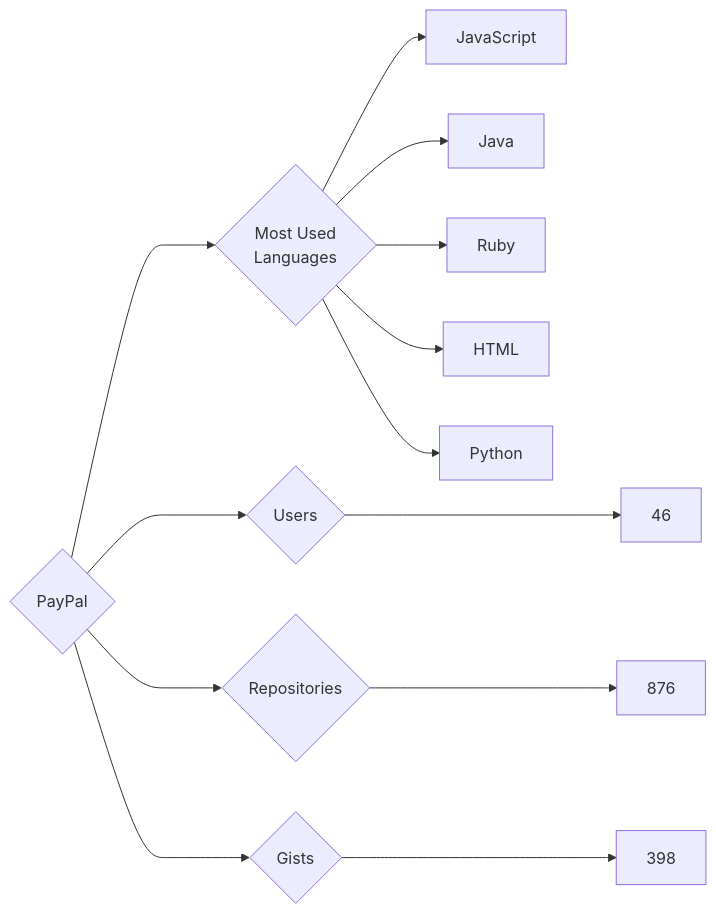
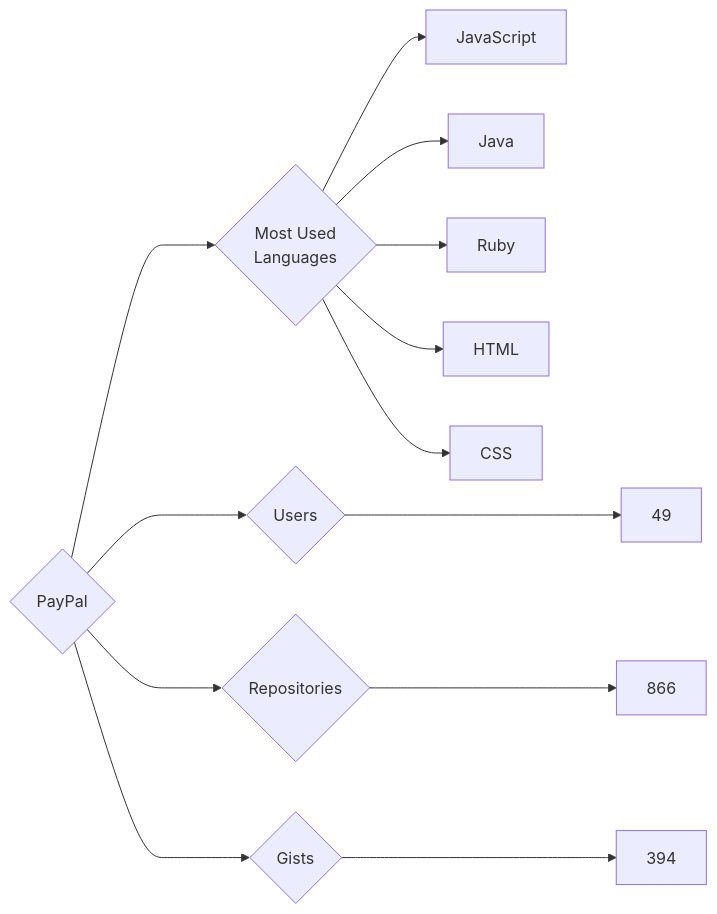
Before and after one commit to trickest/insiders: the diagram in targets/PayPal/README.md, drawn with Mermaid. The commit also changed 928 other files, not shown here.

````diff
--- a/targets/PayPal/README.md
+++ b/targets/PayPal/README.md
@@ -3,13 +3,13 @@
 ```mermaid
 graph LR
 COMPANY_NAME{PayPal}
-COMPANY_NAME ---> U{Users} ---> UN[46]
-COMPANY_NAME ---> R{Repositories} ---> RN[876]
-COMPANY_NAME ---> G{Gists} ---> GN[398]
+COMPANY_NAME ---> U{Users} ---> UN[49]
+COMPANY_NAME ---> R{Repositories} ---> RN[866]
+COMPANY_NAME ---> G{Gists} ---> GN[394]
 COMPANY_NAME ---> ML{Most Used<br>Languages}
 ML --> JavaScript[JavaScript]
 ML --> Java[Java]
 ML --> Ruby[Ruby]
 ML --> HTML[HTML]
-ML --> Python[Python]
+ML --> CSS[CSS]
 ```
````
